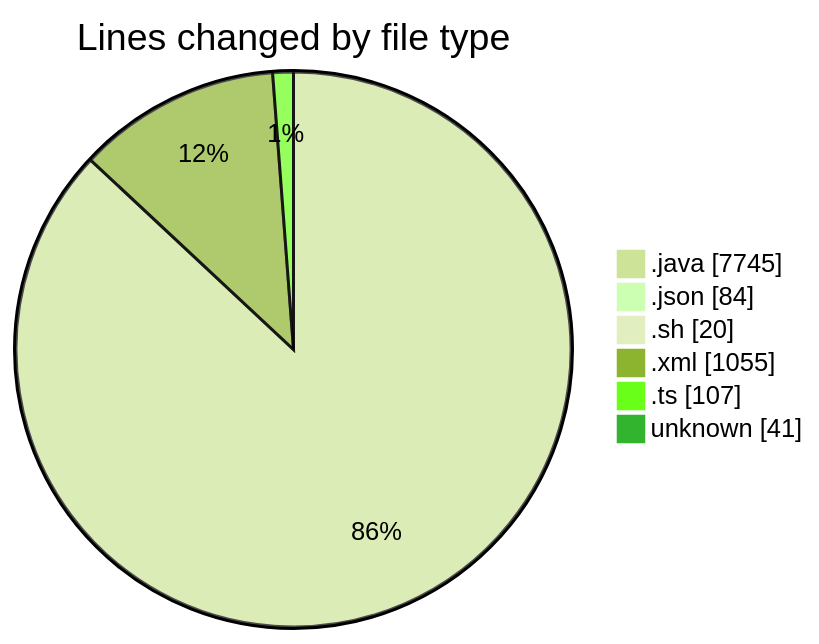
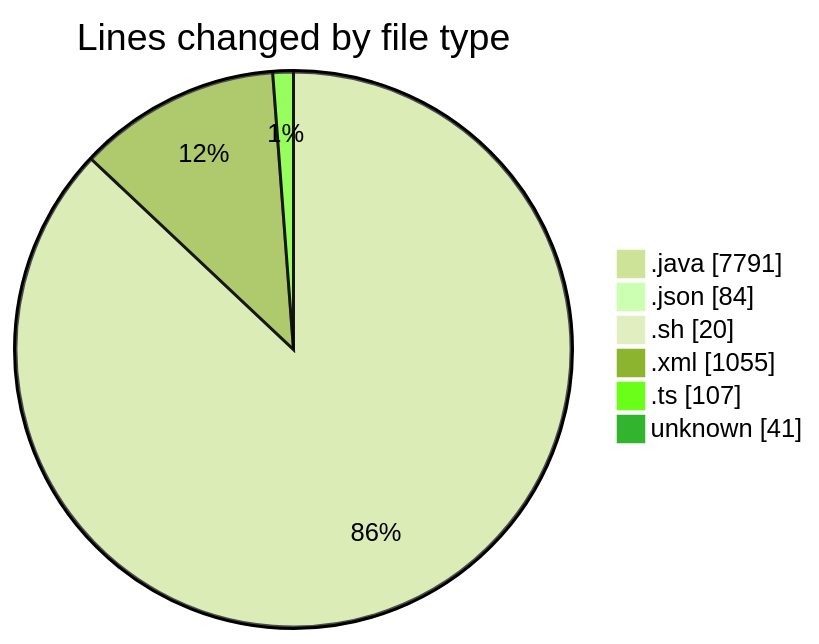
The first of 2 diagrams in 2025-02-23/micros/README.md (charlie-sans/code-tracking), drawn with Mermaid (forest theme) before and after one commit. The commit also changed other lines of this file and 1 other file, not shown here.

````diff
--- a/2025-02-23/micros/README.md
+++ b/2025-02-23/micros/README.md
@@ -54,10 +54,10 @@
 ```mermaid
 pie showData
 title Lines changed by file type
-".java" : 7745
+".java" : 7791
 ".json" : 84
 ".sh" : 20
 ".xml" : 1055
 ".ts" : 107
 "unknown" : 41
 ```
````
